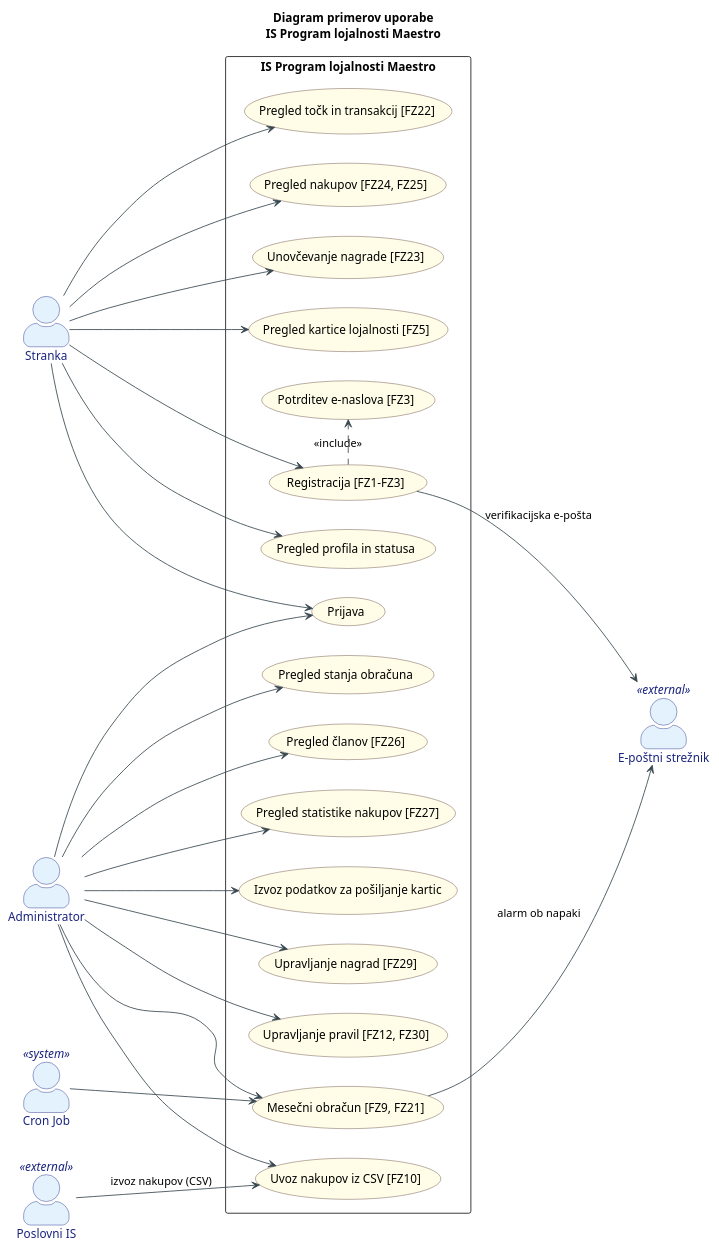
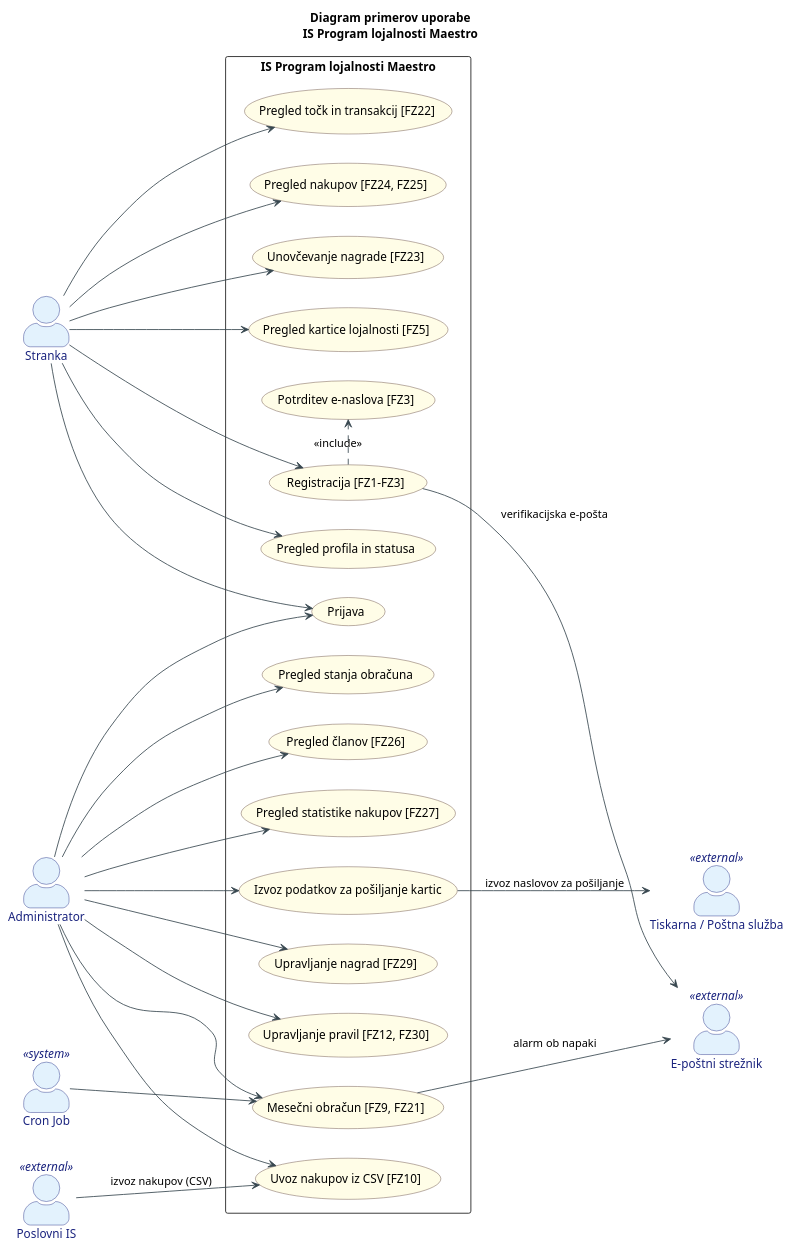
One commit to Hovnik/ris-predavanje changed the diagram in shared/use-case-diagram-v2.puml. Above: the diagram before and after it, drawn with PlantUML. The commit also changed 5 other files, not shown here.

```diff
--- a/shared/use-case-diagram-v2.puml
+++ b/shared/use-case-diagram-v2.puml
@@ -1,84 +1,86 @@
 @startuml use-case-diagram-detailed
 left to right direction
 
 skinparam actorStyle awesome
 skinparam packageStyle rectangle
 
 skinparam usecase {
   BackgroundColor #FFFDE7
   BorderColor #5D4037
   ArrowColor #37474F
 }
 skinparam actor {
   BorderColor #1A237E
   BackgroundColor #E3F2FD
   FontColor #1A237E
 }
 
 title Diagram primerov uporabe\nIS Program lojalnosti Maestro
 
 ' ===== ACTORS =====
 actor "Stranka" as Member
 actor "Administrator" as Admin
 actor "Cron Job" as CronJob <<system>>
 actor "Poslovni IS" as BizIS <<external>>
 actor "E-poštni strežnik" as EmailSrv <<external>>
+actor "Tiskarna / Poštna služba" as PostSrv <<external>>
 
 ' ===== SYSTEM BOUNDARY =====
 rectangle "IS Program lojalnosti Maestro" {
 
   usecase "Registracija [FZ1–FZ3]" as UC_Register
   usecase "Potrditev e-naslova [FZ3]" as UC_VerifyEmail
   usecase "Prijava" as UC_Login
 
   usecase "Pregled profila in statusa" as UC_Profile
   usecase "Pregled točk in transakcij [FZ22]" as UC_Points
   usecase "Pregled nakupov [FZ24, FZ25]" as UC_Purchases
   usecase "Unovčevanje nagrade [FZ23]" as UC_Redeem
   usecase "Pregled kartice lojalnosti [FZ5]" as UC_Card
 
   usecase "Uvoz nakupov iz CSV [FZ10]" as UC_ImportCSV
   usecase "Mesečni obračun [FZ9, FZ21]" as UC_RunBatch
   usecase "Pregled stanja obračuna" as UC_BatchStatus
 
   usecase "Pregled članov [FZ26]" as UC_MemberList
   usecase "Pregled statistike nakupov [FZ27]" as UC_Statistics
   usecase "Izvoz podatkov za pošiljanje kartic" as UC_CardExport
 
   usecase "Upravljanje nagrad [FZ29]" as UC_ManageRewards
   usecase "Upravljanje pravil [FZ12, FZ30]" as UC_ManageRules
 
 }
 
 ' ===== STRANKA =====
 Member --> UC_Register
 Member --> UC_Login
 Member --> UC_Profile
 Member --> UC_Points
 Member --> UC_Purchases
 Member --> UC_Redeem
 Member --> UC_Card
 
 ' ===== ADMINISTRATOR =====
 Admin --> UC_Login
 Admin --> UC_ImportCSV
 Admin --> UC_RunBatch
 Admin --> UC_BatchStatus
 Admin --> UC_MemberList
 Admin --> UC_Statistics
 Admin --> UC_CardExport
 Admin --> UC_ManageRewards
 Admin --> UC_ManageRules
 
 ' ===== CRON JOB =====
 CronJob --> UC_RunBatch
 
 ' ===== ZUNANJI SISTEMI =====
 BizIS --> UC_ImportCSV : "izvoz nakupov (CSV)"
 UC_Register --> EmailSrv : "verifikacijska e-pošta"
 UC_RunBatch --> EmailSrv : "alarm ob napaki"
+UC_CardExport --> PostSrv : "izvoz naslovov za pošiljanje"
 
 ' ===== INCLUDE =====
 UC_Register .> UC_VerifyEmail : <<include>>
 
 @enduml
```
